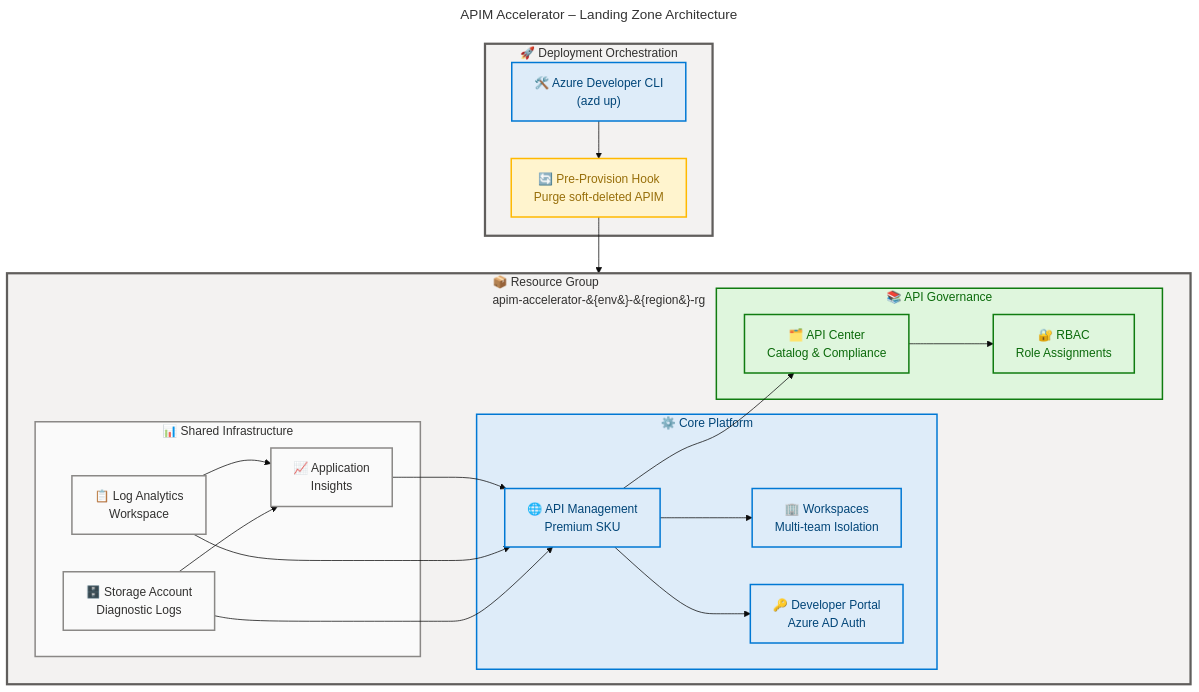
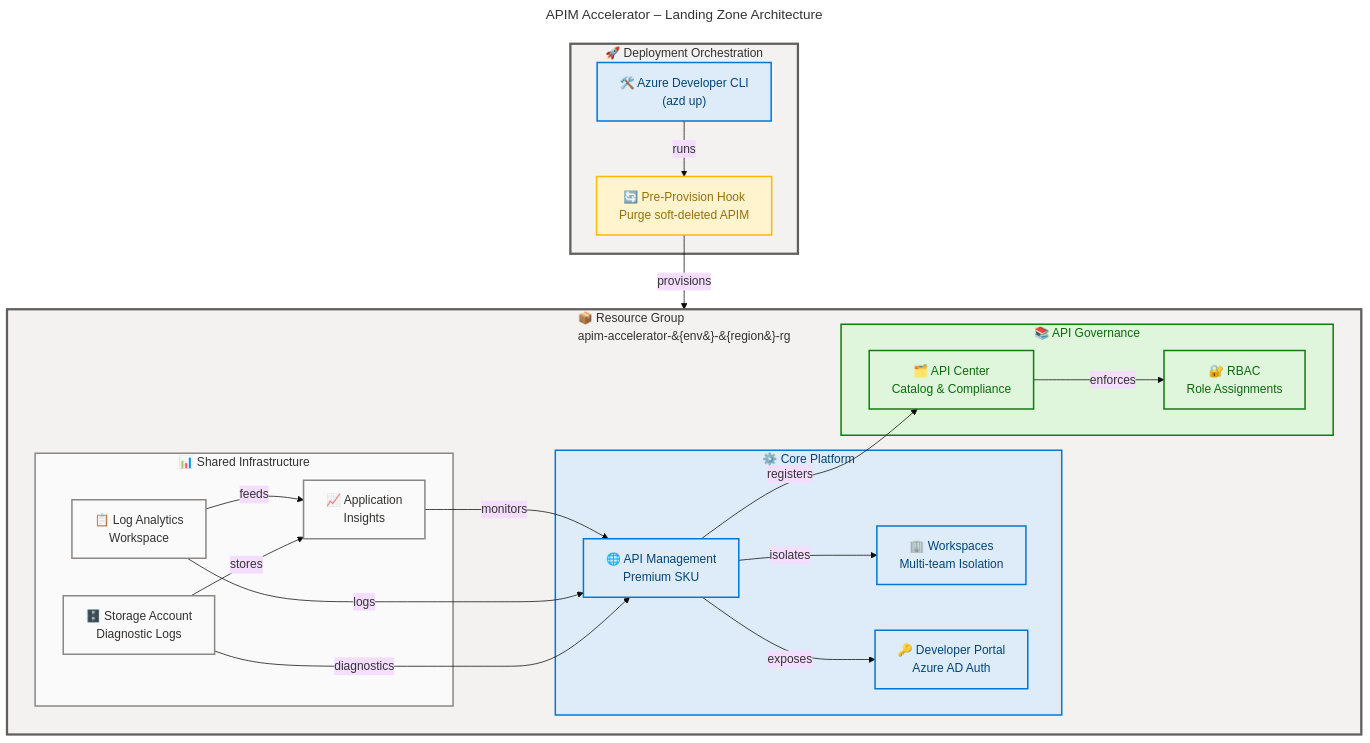
The diagram in README.md (Evilazaro/APIM-Accelerator), drawn with Mermaid before and after one commit.

Commit message:
Enhance README.md: Update flowchart to include descriptive labels for better understanding of component interactions

```diff
--- a/README.md
+++ b/README.md
@@ -102,16 +102,16 @@
         end
     end
 
-    AZD --> HOOK --> RG
-    LAW --> AI
-    SA --> AI
-    AI --> APIM
-    LAW --> APIM
-    SA --> APIM
-    APIM --> WS
-    APIM --> DP
-    APIM --> AC
-    AC --> RBAC
+    AZD -->|"runs"| HOOK -->|"provisions"| RG
+    LAW -->|"feeds"| AI
+    SA -->|"stores"| AI
+    AI -->|"monitors"| APIM
+    LAW -->|"logs"| APIM
+    SA -->|"diagnostics"| APIM
+    APIM -->|"isolates"| WS
+    APIM -->|"exposes"| DP
+    APIM -->|"registers"| AC
+    AC -->|"enforces"| RBAC
 
     %% Subgraph styling (5 subgraphs = 5 style directives)
     style Orchestration fill:#F3F2F1,stroke:#605E5C,stroke-width:3px,color:#323130
```
